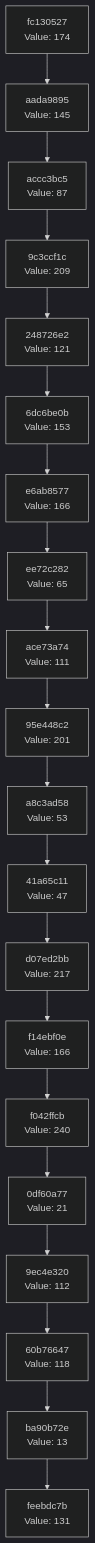
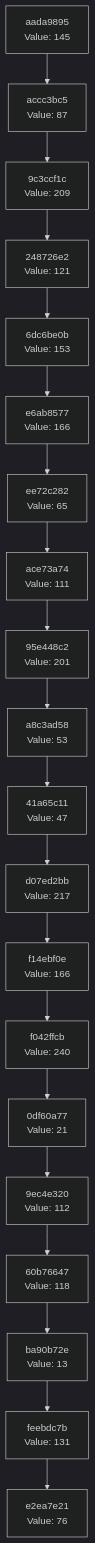
One commit to Abhisheksinha1506/hash-chain-evolver changed the diagram in docs/CHAIN_VISUALIZATION.md. Above: the diagram before and after it, drawn with Mermaid (dark theme). The commit also changed 3 other files, not shown here.

````diff
--- a/docs/CHAIN_VISUALIZATION.md
+++ b/docs/CHAIN_VISUALIZATION.md
@@ -3,42 +3,42 @@
 ```mermaid
 graph TD
-    C0["feebdc7b<br/>Value: 131"]
-    C1["ba90b72e<br/>Value: 13"]
+    C0["e2ea7e21<br/>Value: 76"]
+    C1["feebdc7b<br/>Value: 131"]
     C1 --> C0
-    C2["60b76647<br/>Value: 118"]
+    C2["ba90b72e<br/>Value: 13"]
     C2 --> C1
-    C3["9ec4e320<br/>Value: 112"]
+    C3["60b76647<br/>Value: 118"]
     C3 --> C2
-    C4["0df60a77<br/>Value: 21"]
+    C4["9ec4e320<br/>Value: 112"]
     C4 --> C3
-    C5["f042ffcb<br/>Value: 240"]
+    C5["0df60a77<br/>Value: 21"]
     C5 --> C4
-    C6["f14ebf0e<br/>Value: 166"]
+    C6["f042ffcb<br/>Value: 240"]
     C6 --> C5
-    C7["d07ed2bb<br/>Value: 217"]
+    C7["f14ebf0e<br/>Value: 166"]
     C7 --> C6
-    C8["41a65c11<br/>Value: 47"]
+    C8["d07ed2bb<br/>Value: 217"]
     C8 --> C7
-    C9["a8c3ad58<br/>Value: 53"]
+    C9["41a65c11<br/>Value: 47"]
     C9 --> C8
-    C10["95e448c2<br/>Value: 201"]
+    C10["a8c3ad58<br/>Value: 53"]
     C10 --> C9
-    C11["ace73a74<br/>Value: 111"]
+    C11["95e448c2<br/>Value: 201"]
     C11 --> C10
-    C12["ee72c282<br/>Value: 65"]
+    C12["ace73a74<br/>Value: 111"]
     C12 --> C11
-    C13["e6ab8577<br/>Value: 166"]
+    C13["ee72c282<br/>Value: 65"]
     C13 --> C12
-    C14["6dc6be0b<br/>Value: 153"]
+    C14["e6ab8577<br/>Value: 166"]
     C14 --> C13
-    C15["248726e2<br/>Value: 121"]
+    C15["6dc6be0b<br/>Value: 153"]
     C15 --> C14
-    C16["9c3ccf1c<br/>Value: 209"]
+    C16["248726e2<br/>Value: 121"]
     C16 --> C15
-    C17["accc3bc5<br/>Value: 87"]
+    C17["9c3ccf1c<br/>Value: 209"]
     C17 --> C16
-    C18["aada9895<br/>Value: 145"]
+    C18["accc3bc5<br/>Value: 87"]
     C18 --> C17
-    C19["fc130527<br/>Value: 174"]
+    C19["aada9895<br/>Value: 145"]
     C19 --> C18
 ```
````
